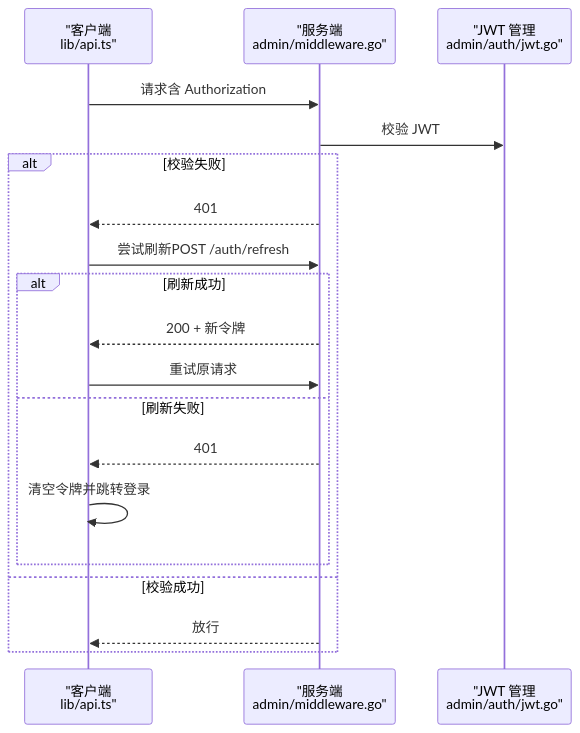
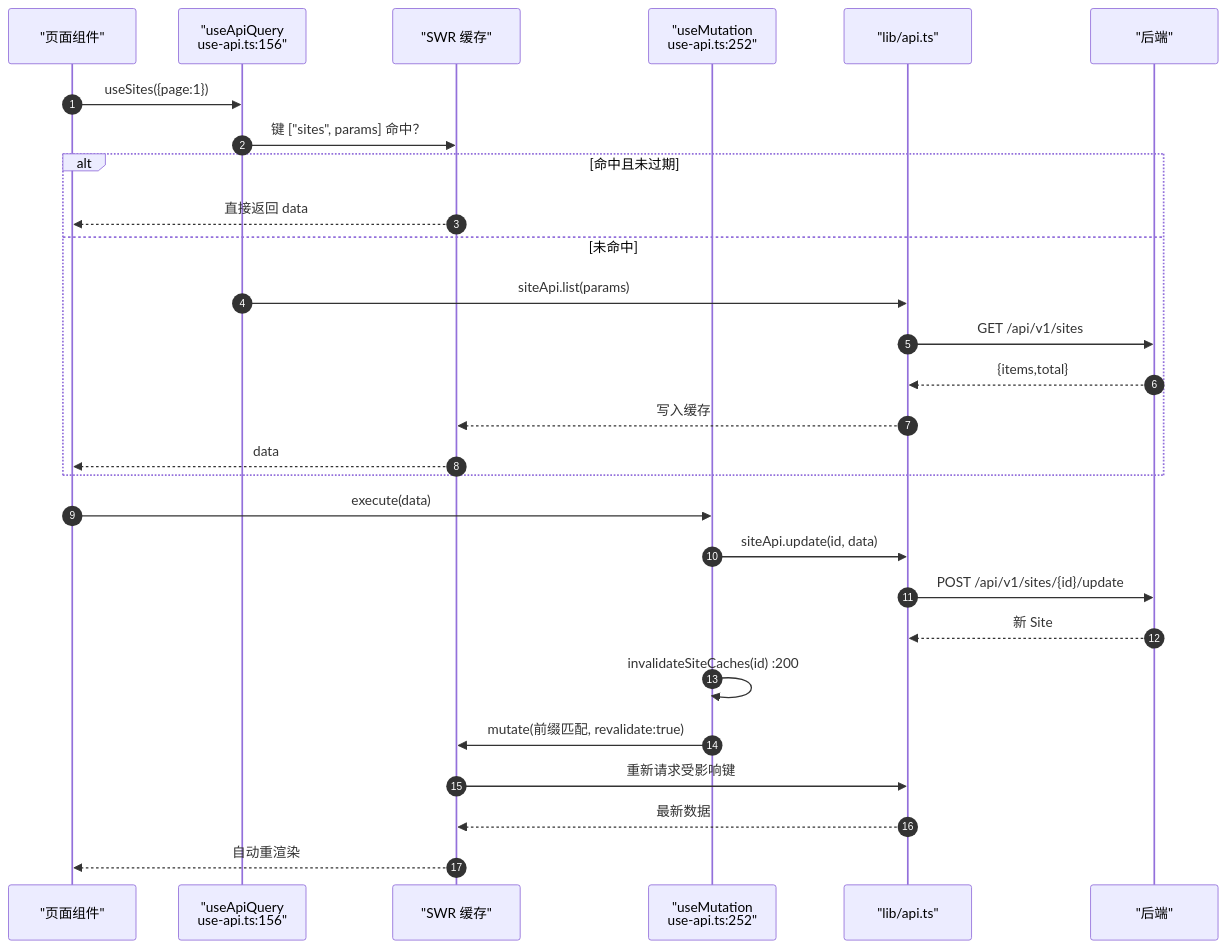
The second of 5 diagrams in docs/前端管理界面/状态管理策略.md (x01n/My-OpenWaf), drawn with Mermaid before and after one commit. The commit also changed other lines of this file and 622 other files, not shown here.

````diff
--- a/docs/前端管理界面/状态管理策略.md
+++ b/docs/前端管理界面/状态管理策略.md
@@ -190,21 +193,30 @@
 ```mermaid
 sequenceDiagram
-participant C as "客户端<br/>lib/api.ts"
-participant S as "服务端<br/>admin/middleware.go"
-participant T as "JWT 管理<br/>admin/auth/jwt.go"
-C->>S : 请求含 Authorization
-S->>T : 校验 JWT
-alt 校验失败
-S-->>C : 401
-C->>S : 尝试刷新POST /auth/refresh
-alt 刷新成功
-S-->>C : 200 + 新令牌
-C->>S : 重试原请求
-else 刷新失败
-S-->>C : 401
-C->>C : 清空令牌并跳转登录
+autonumber
+participant C as "页面组件"
+participant Q as "useApiQuery<br/>use-api.ts:156"
+participant S as "SWR 缓存"
+participant M as "useMutation<br/>use-api.ts:252"
+participant A as "lib/api.ts"
+participant B as "后端"
+C->>Q : useSites({page:1})
+Q->>S : 键 ["sites", params] 命中？
+alt 命中且未过期
+S-->>C : 直接返回 data
+else 未命中
+Q->>A : siteApi.list(params)
+A->>B : GET /api/v1/sites
+B-->>A : {items,total}
+A-->>S : 写入缓存
+S-->>C : data
 end
-else 校验成功
-S-->>C : 放行
-end
+C->>M : execute(data)
+M->>A : siteApi.update(id, data)
+A->>B : POST /api/v1/sites/{id}/update
+B-->>A : 新 Site
+M->>M : invalidateSiteCaches(id) :200
+M->>S : mutate(前缀匹配, revalidate:true)
+S->>A : 重新请求受影响键
+A-->>S : 最新数据
+S-->>C : 自动重渲染
 ```
````
